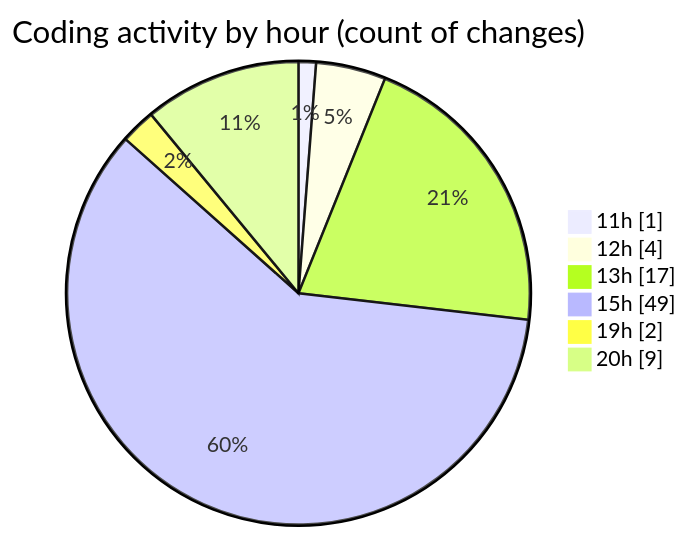
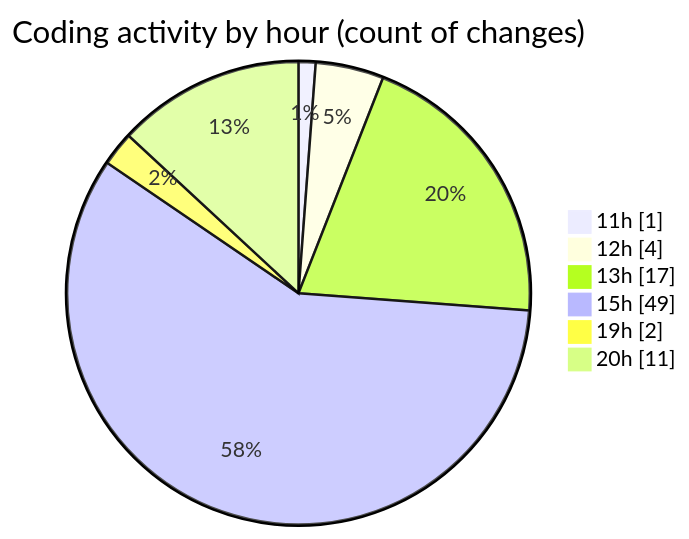
The second of 2 diagrams in 2025-09-28/nxtqube_webapp/README.md (nxtqubesakshisongat/code-tracking), drawn with Mermaid before and after one commit. The commit also changed other lines of this file and 1 other file, not shown here.

````diff
--- a/2025-09-28/nxtqube_webapp/README.md
+++ b/2025-09-28/nxtqube_webapp/README.md
@@ -32,10 +32,10 @@
 ```mermaid
 pie showData
 title Coding activity by hour (count of changes)
 "11h" : 1
 "12h" : 4
 "13h" : 17
 "15h" : 49
 "19h" : 2
-"20h" : 9
+"20h" : 11
 ```
````
